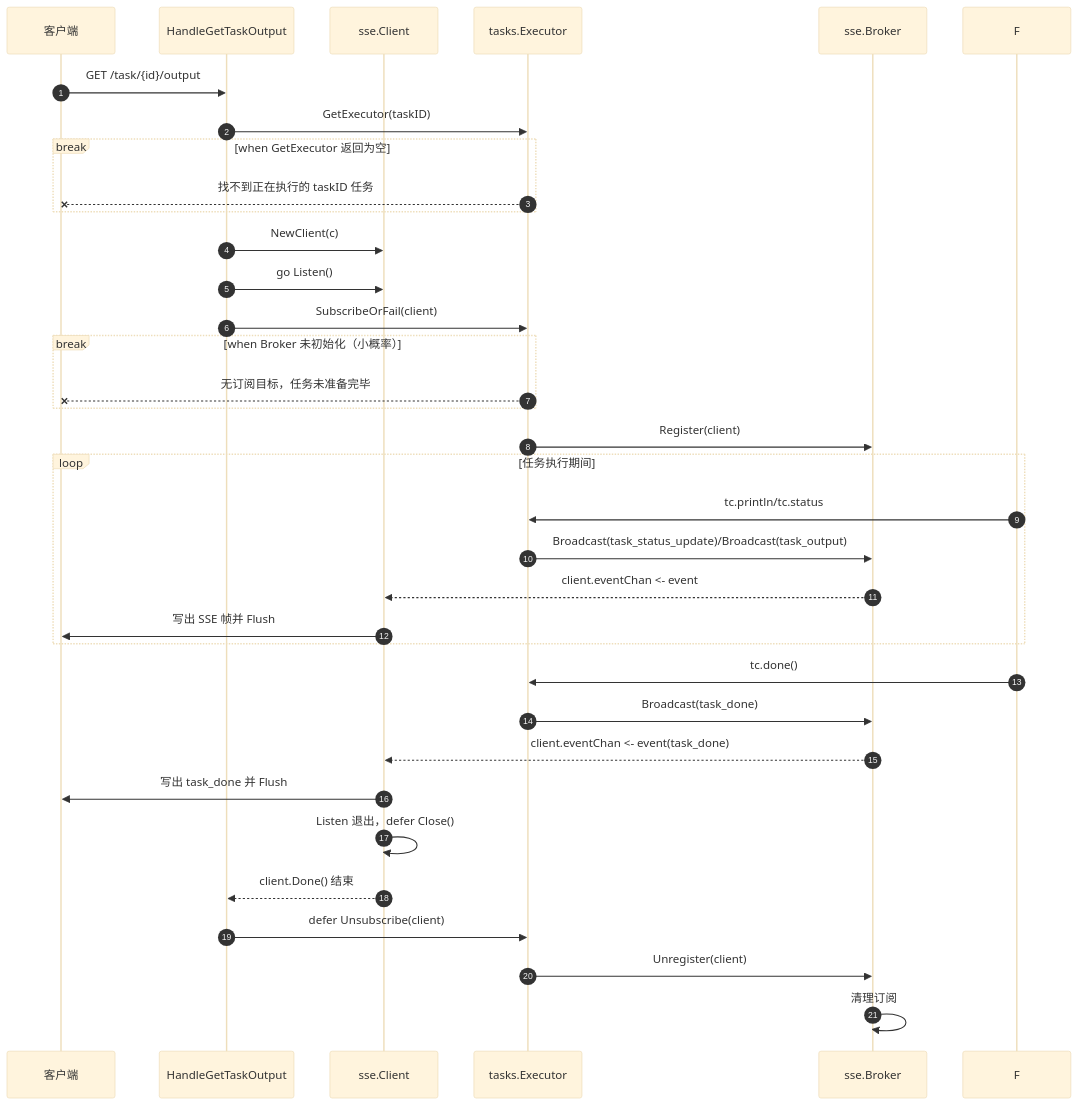
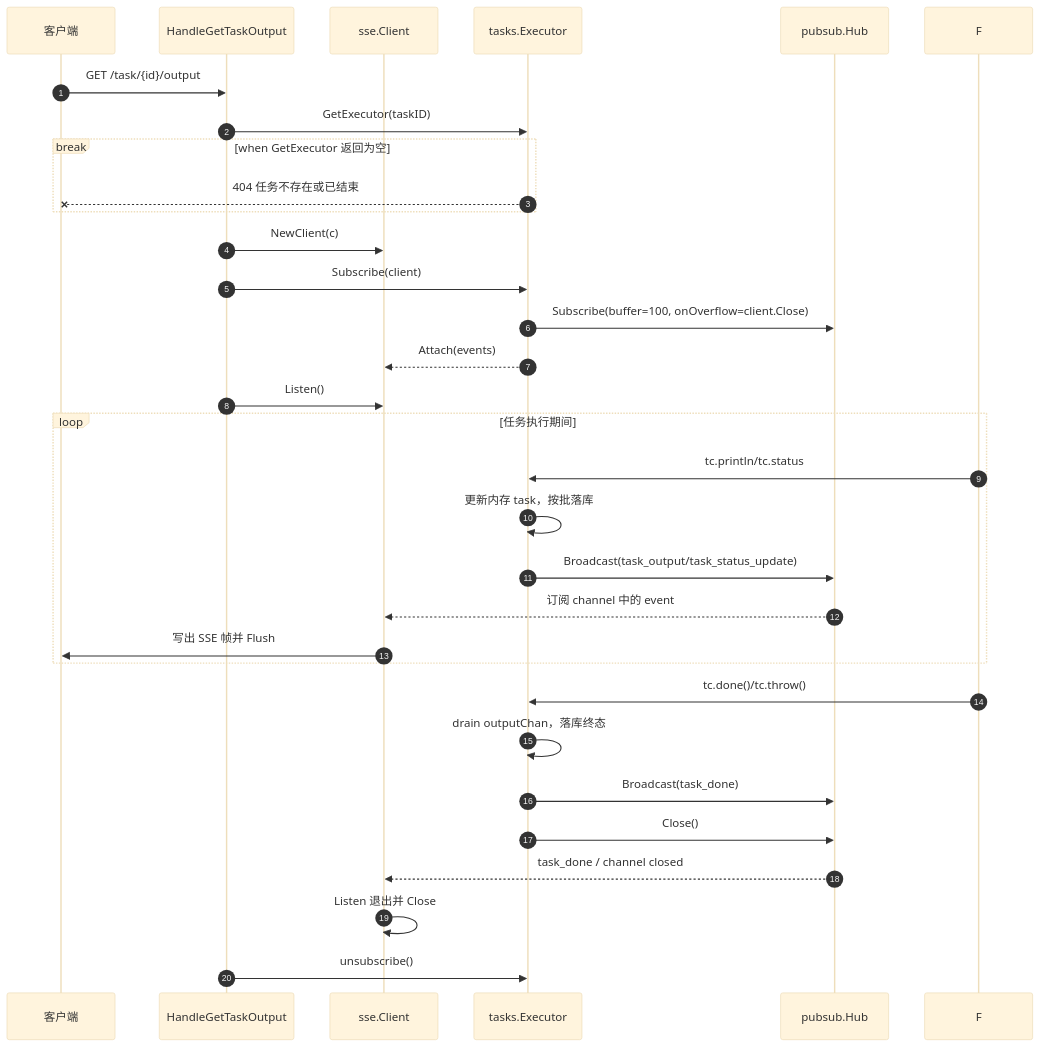
The diagram in docs/sse-lifecycle.md (Subilan/go-aliyunmc), drawn with Mermaid (base theme) before and after one commit. The commit also changed other lines of this file and 14 other files, not shown here.

````diff
--- a/docs/sse-lifecycle.md
+++ b/docs/sse-lifecycle.md
@@ -5,40 +5,37 @@
 ```mermaid
 sequenceDiagram
     autonumber
     participant C as 客户端
     participant H as HandleGetTaskOutput
     participant CL as sse.Client
     participant E as tasks.Executor
-    participant B as sse.Broker
+    participant B as pubsub.Hub
     participant F
 
     C->>H: GET /task/{id}/output
     H->>E: GetExecutor(taskID)
     break when GetExecutor 返回为空
-        E--xC: 找不到正在执行的 taskID 任务
+        E--xC: 404 任务不存在或已结束
     end
     H->>CL: NewClient(c)
-    H->>CL: go Listen()
-    H->>E: SubscribeOrFail(client)
-    break when Broker 未初始化（小概率）
-        E--xC: 无订阅目标，任务未准备完毕
-    end
-    E->>B: Register(client)
+    H->>E: Subscribe(client)
+    E->>B: Subscribe(buffer=100, onOverflow=client.Close)
+    E-->>CL: Attach(events)
+    H->>CL: Listen()
 
     loop 任务执行期间
         F->>E: tc.println/tc.status
-        E->>B: Broadcast(task_status_update)/Broadcast(task_output)
-        B-->>CL: client.eventChan <- event
+        E->>E: 更新内存 task，按批落库
+        E->>B: Broadcast(task_output/task_status_update)
+        B-->>CL: 订阅 channel 中的 event
         CL->>C: 写出 SSE 帧并 Flush
     end
 
-    F->>E: tc.done()
+    F->>E: tc.done()/tc.throw()
+    E->>E: drain outputChan，落库终态
     E->>B: Broadcast(task_done)
-    B-->>CL: client.eventChan <- event(task_done)
-    CL->>C: 写出 task_done 并 Flush
-    CL->>CL: Listen 退出，defer Close()
-    CL-->>H: client.Done() 结束
-    H->>E: defer Unsubscribe(client)
-    E->>B: Unregister(client)
-    B->>B: 清理订阅
+    E->>B: Close()
+    B-->>CL: task_done / channel closed
+    CL->>CL: Listen 退出并 Close
+    H->>E: unsubscribe()
 ```
````
